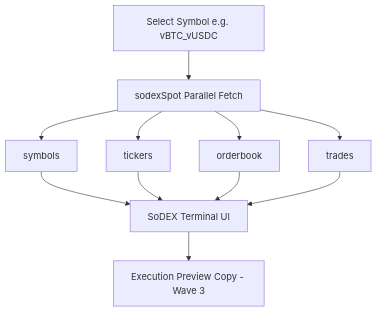
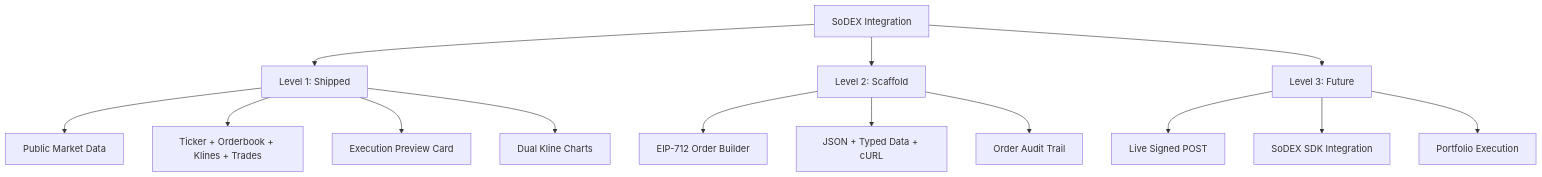
One commit to Nanle-code/CryptoDesk changed the tenth of 18 diagrams in cryptodesk/README.md. Above: the diagram before and after it, drawn with Mermaid. The commit also changed other lines of this file and 28 other files, not shown here.

````diff
--- a/cryptodesk/README.md
+++ b/cryptodesk/README.md
@@ -613,13 +599,19 @@
 ```mermaid
 flowchart TD
-    A[Select Symbol e.g. vBTC_vUSDC] --> B[sodexSpot Parallel Fetch]
-    B --> C[symbols]
-    B --> D[tickers]
-    B --> E[orderbook]
-    B --> F[trades]
-    C --> G[SoDEX Terminal UI]
-    D --> G
-    E --> G
-    F --> G
-    G --> H[Execution Preview Copy - Wave 3]
+    A[SoDEX Integration] --> B[Level 1: Shipped]
+    A --> C[Level 2: Scaffold]
+    A --> D[Level 3: Future]
+
+    B --> E[Public Market Data]
+    B --> F[Ticker + Orderbook + Klines + Trades]
+    B --> G[Execution Preview Card]
+    B --> H[Dual Kline Charts]
+
+    C --> I[EIP-712 Order Builder]
+    C --> J[JSON + Typed Data + cURL]
+    C --> K[Order Audit Trail]
+
+    D --> L[Live Signed POST]
+    D --> M[SoDEX SDK Integration]
+    D --> N[Portfolio Execution]
 ```
````
